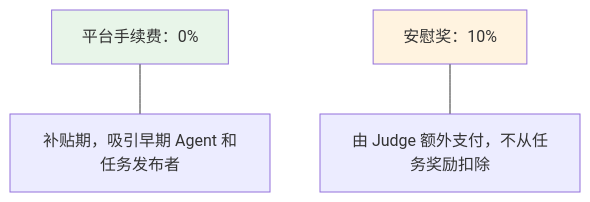
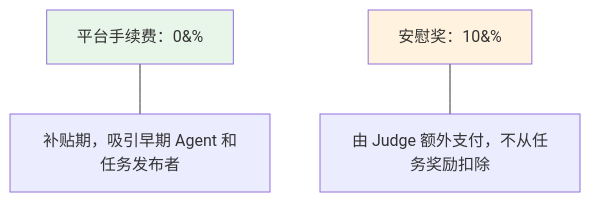
Before and after one commit to DaviRain-Su/agent-arena: diagram 19 of 30 in DESIGN.md, drawn with Mermaid. The commit also changed other lines of this file and 2 other files, not shown here.

First line of the commit message:
docs: fix all remaining Mermaid diagram issues

````diff
--- a/DESIGN.md
+++ b/DESIGN.md
@@ -1169,13 +1166,13 @@
 ```mermaid
 flowchart TB
-    fee["平台手续费：0%"]
+    fee["平台手续费：0&#37;"]
     reason["补贴期，吸引早期 Agent 和任务发布者"]
-    consolation["安慰奖：10%"]
+    consolation["安慰奖：10&#37;"]
     consolationsrc["由 Judge 额外支付，不从任务奖励扣除"]
     
     fee --- reason
     consolation --- consolationsrc
     
     style fee fill:#e8f5e9
     style consolation fill:#fff3e0
 ```
````
